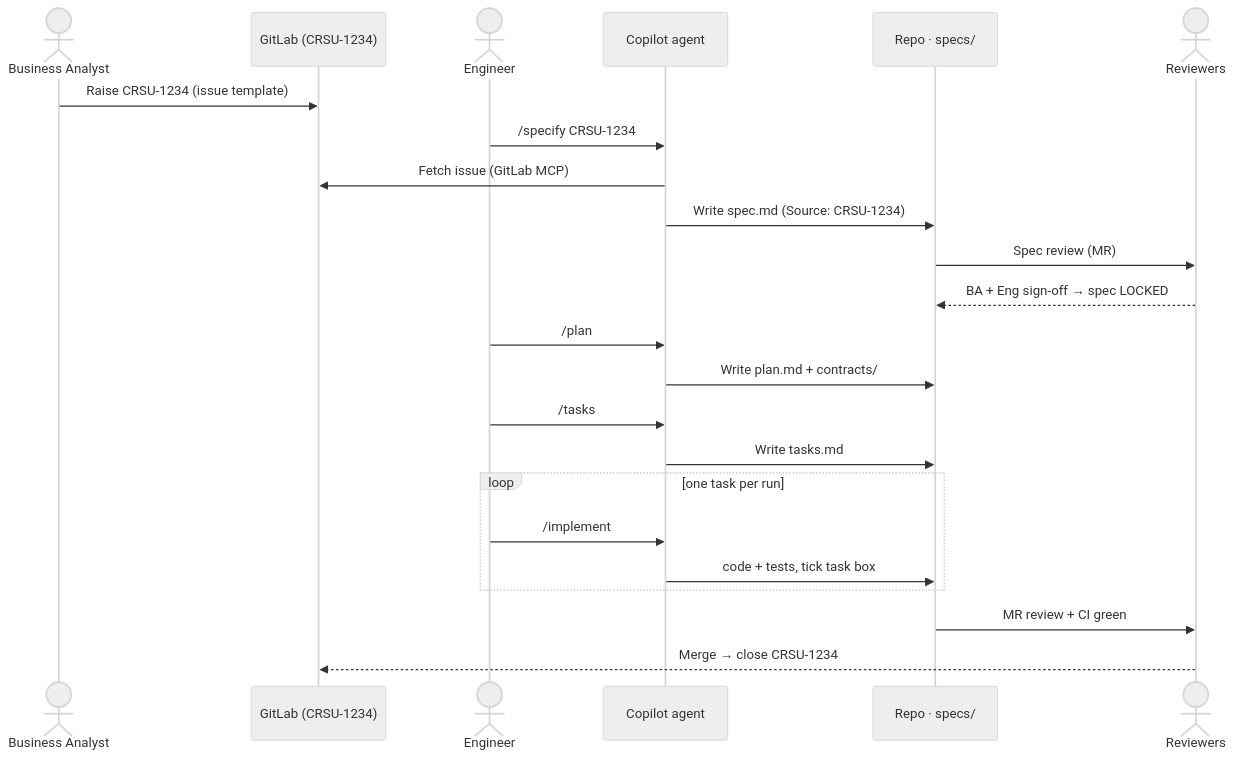
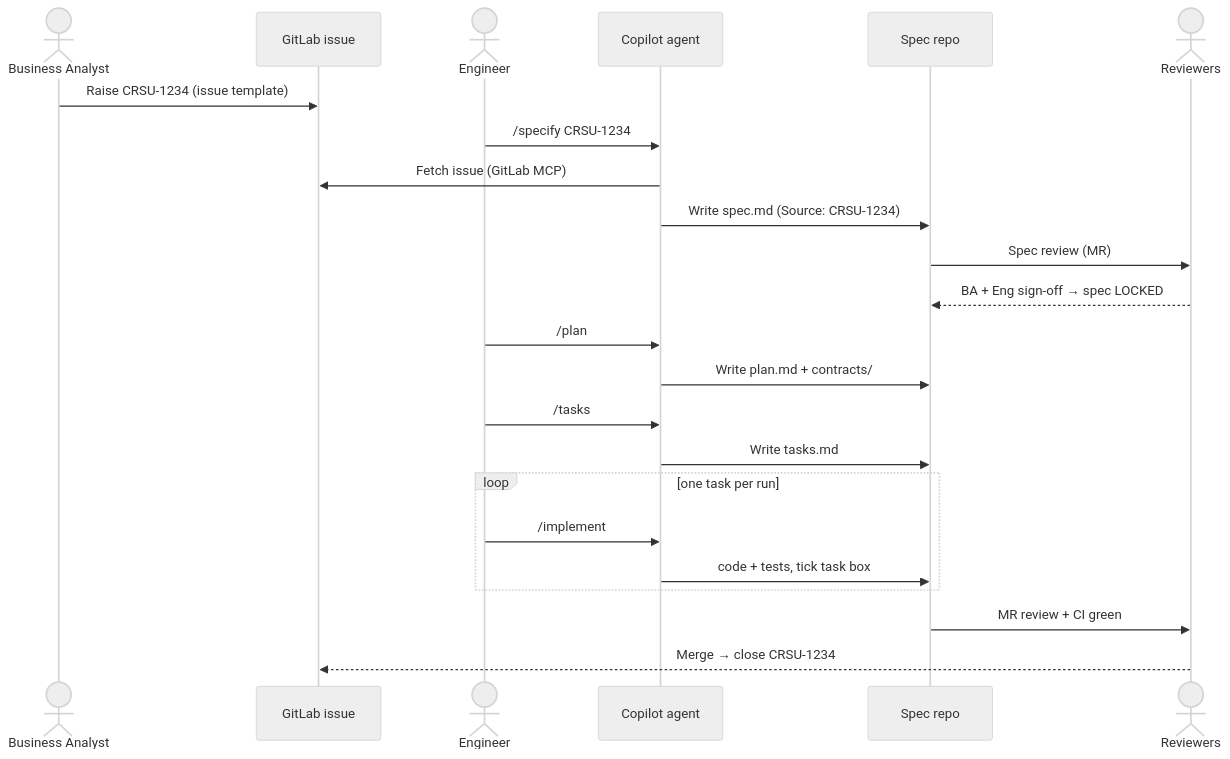
One commit to gognamunish/sdd changed the second of 2 diagrams in docs/workflow.md. Above: the diagram before and after it, drawn with Mermaid (neutral theme).

Commit message:
Harden Mermaid sequence labels (drop special chars that can break parsing)

````diff
--- a/docs/workflow.md
+++ b/docs/workflow.md
@@ -34,26 +34,26 @@
 ```mermaid
 sequenceDiagram
     actor BA as Business Analyst
-    participant GL as GitLab (CRSU-1234)
+    participant GL as GitLab issue
     actor ENG as Engineer
     participant CP as Copilot agent
-    participant REPO as Repo · specs/
+    participant REPO as Spec repo
     actor REV as Reviewers
 
     BA->>GL: Raise CRSU-1234 (issue template)
     ENG->>CP: /specify CRSU-1234
     CP->>GL: Fetch issue (GitLab MCP)
     CP->>REPO: Write spec.md (Source: CRSU-1234)
     REPO->>REV: Spec review (MR)
     REV-->>REPO: BA + Eng sign-off → spec LOCKED
     ENG->>CP: /plan
     CP->>REPO: Write plan.md + contracts/
     ENG->>CP: /tasks
     CP->>REPO: Write tasks.md
     loop one task per run
         ENG->>CP: /implement
         CP->>REPO: code + tests, tick task box
     end
     REPO->>REV: MR review + CI green
     REV-->>GL: Merge → close CRSU-1234
 ```
````
